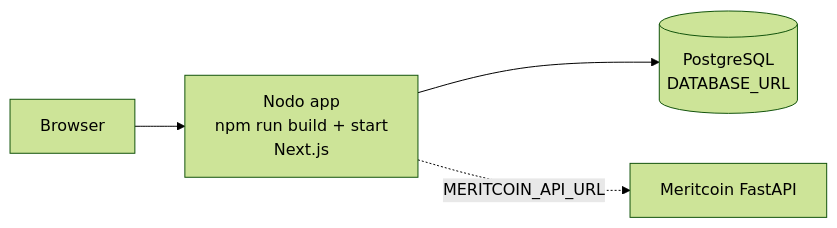
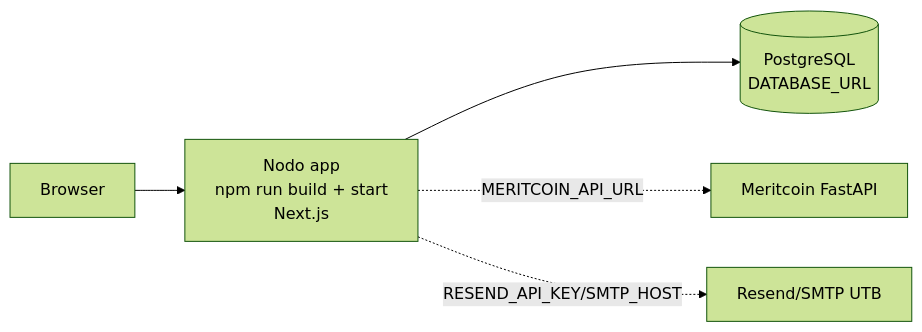
Before and after one commit to LuisFelipe634/utb-gamificacion: the seventh of 7 diagrams in docs/arc42.md, drawn with Mermaid (forest theme). The commit also changed other lines of this file and 21 other files, not shown here.

````diff
--- a/docs/arc42.md
+++ b/docs/arc42.md
@@ -190,6 +235,7 @@
 ```mermaid
 flowchart LR
     DEV[Nodo app\nnpm run build + start\nNext.js] --> PG[(PostgreSQL\nDATABASE_URL)]
     DEV -. MERITCOIN_API_URL .-> MC[Meritcoin FastAPI]
+    DEV -. RESEND_API_KEY/SMTP_HOST .-> MAIL[Resend/SMTP UTB]
     B[Browser] --> DEV
 ```
````
